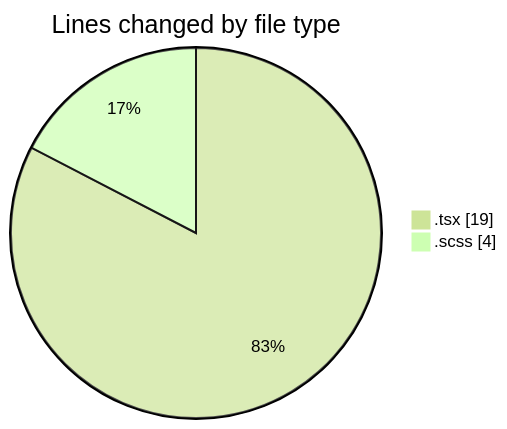
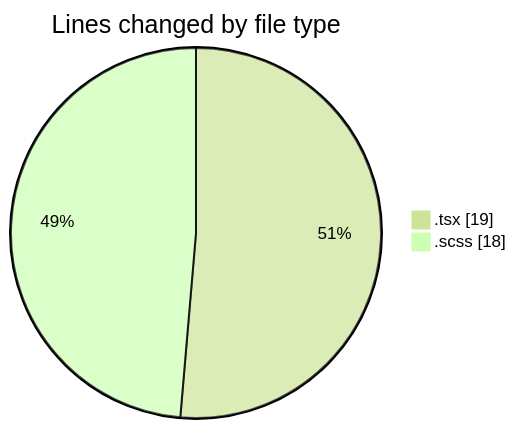
The first of 2 diagrams in 2026-07-21/cda/README.md (momahboobian/code-tracking), drawn with Mermaid (forest theme) before and after one commit. The commit also changed other lines of this file and 1 other file, not shown here.

````diff
--- a/2026-07-21/cda/README.md
+++ b/2026-07-21/cda/README.md
@@ -23,6 +23,6 @@
 ```mermaid
 pie showData
 title Lines changed by file type
 ".tsx" : 19
-".scss" : 4
+".scss" : 18
 ```
````
